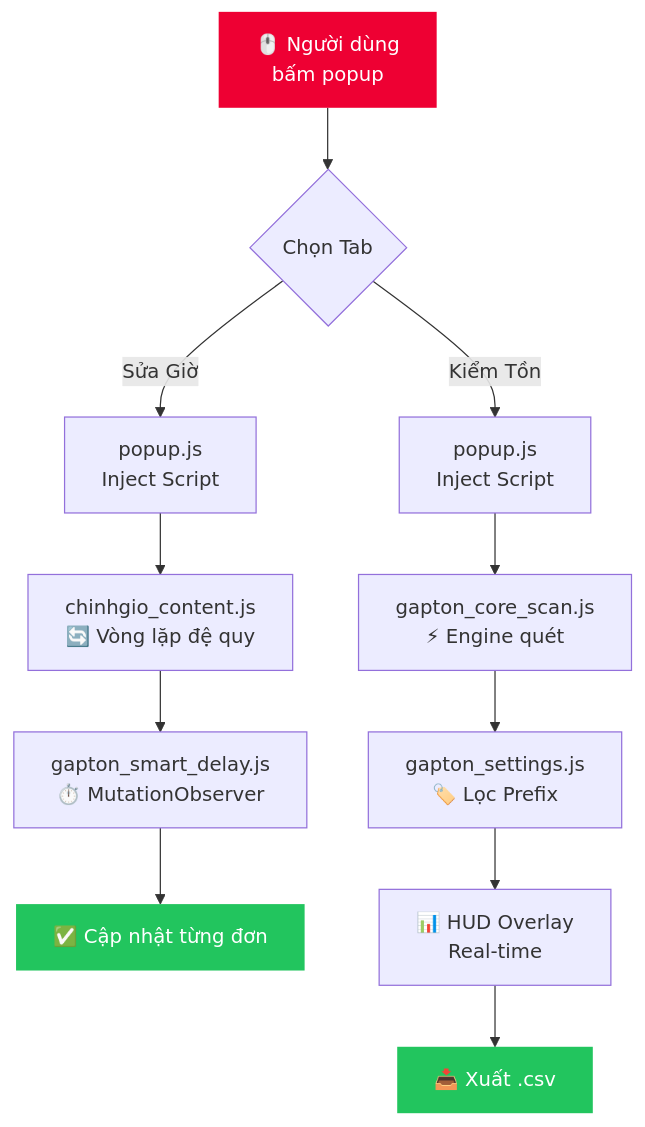
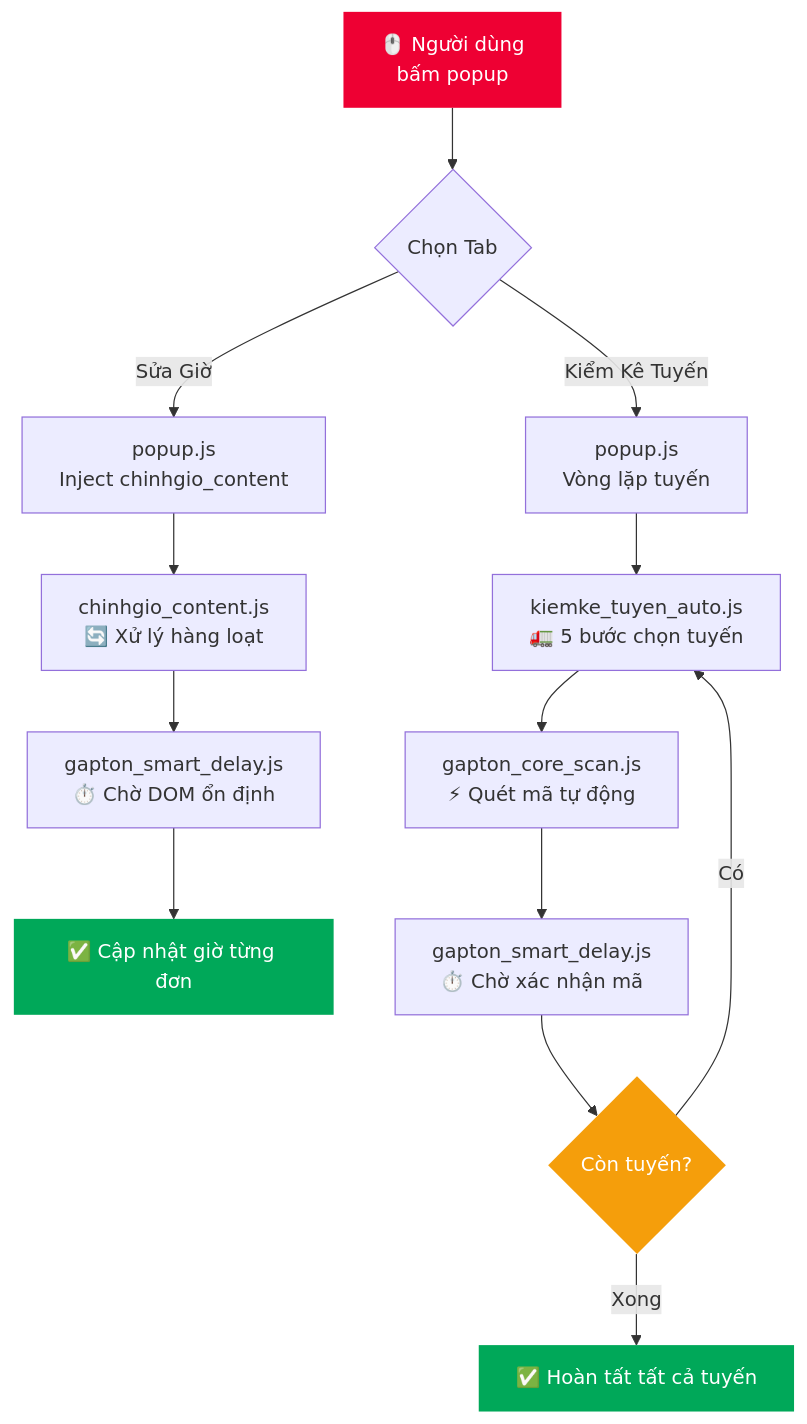
The diagram in README.md (duongthaitan/VT_GapTon-HenGioLayHang), drawn with Mermaid before and after one commit. The commit also changed other lines of this file, not shown here.

Commit message:
docs: Cap nhat README v1.4 - them module Kiem Ke Tuyen, so do luong, huong dan 6 buoc tu dong

````diff
--- a/README.md
+++ b/README.md
@@ -331,19 +280,23 @@
 ```mermaid
 graph TD
-    A["🖱️ Người dùng\nbấm popup"] --> B{"Chọn Tab"}
-    B -->|"Sửa Giờ"| C["popup.js\nInject Script"]
-    B -->|"Kiểm Tồn"| D["popup.js\nInject Script"]
+    User["🖱️ Người dùng\nbấm popup"] --> Tab{Chọn Tab}
 
-    C --> E["chinhgio_content.js\n🔄 Vòng lặp đệ quy"]
-    E --> F["gapton_smart_delay.js\n⏱️ MutationObserver"]
-    F --> G["✅ Cập nhật từng đơn"]
+    Tab -->|"Sửa Giờ"| CG["popup.js\nInject chinhgio_content"]
+    Tab -->|"Kiểm Kê Tuyến"| KK["popup.js\nVòng lặp tuyến"]
 
-    D --> H["gapton_core_scan.js\n⚡ Engine quét"]
-    H --> I["gapton_settings.js\n🏷️ Lọc Prefix"]
-    I --> J["📊 HUD Overlay\nReal-time"]
-    J --> K["📥 Xuất .csv"]
+    CG --> CGE["chinhgio_content.js\n🔄 Xử lý hàng loạt"]
+    CGE --> CGD["gapton_smart_delay.js\n⏱️ Chờ DOM ổn định"]
+    CGD --> CGR["✅ Cập nhật giờ từng đơn"]
 
-    style A fill:#ee0033,color:#fff,stroke:none
-    style G fill:#22c55e,color:#fff,stroke:none
-    style K fill:#22c55e,color:#fff,stroke:none
+    KK --> KKA["kiemke_tuyen_auto.js\n🚛 5 bước chọn tuyến"]
+    KKA --> KKB["gapton_core_scan.js\n⚡ Quét mã tự động"]
+    KKB --> KKC["gapton_smart_delay.js\n⏱️ Chờ xác nhận mã"]
+    KKC --> KKD{Còn tuyến?}
+    KKD -->|"Có"| KKA
+    KKD -->|"Xong"| Done["✅ Hoàn tất tất cả tuyến"]
+
+    style User fill:#EE0033,color:#fff,stroke:none
+    style CGR fill:#00A859,color:#fff,stroke:none
+    style Done fill:#00A859,color:#fff,stroke:none
+    style KKD fill:#F59E0B,color:#fff,stroke:none
 ```
````
